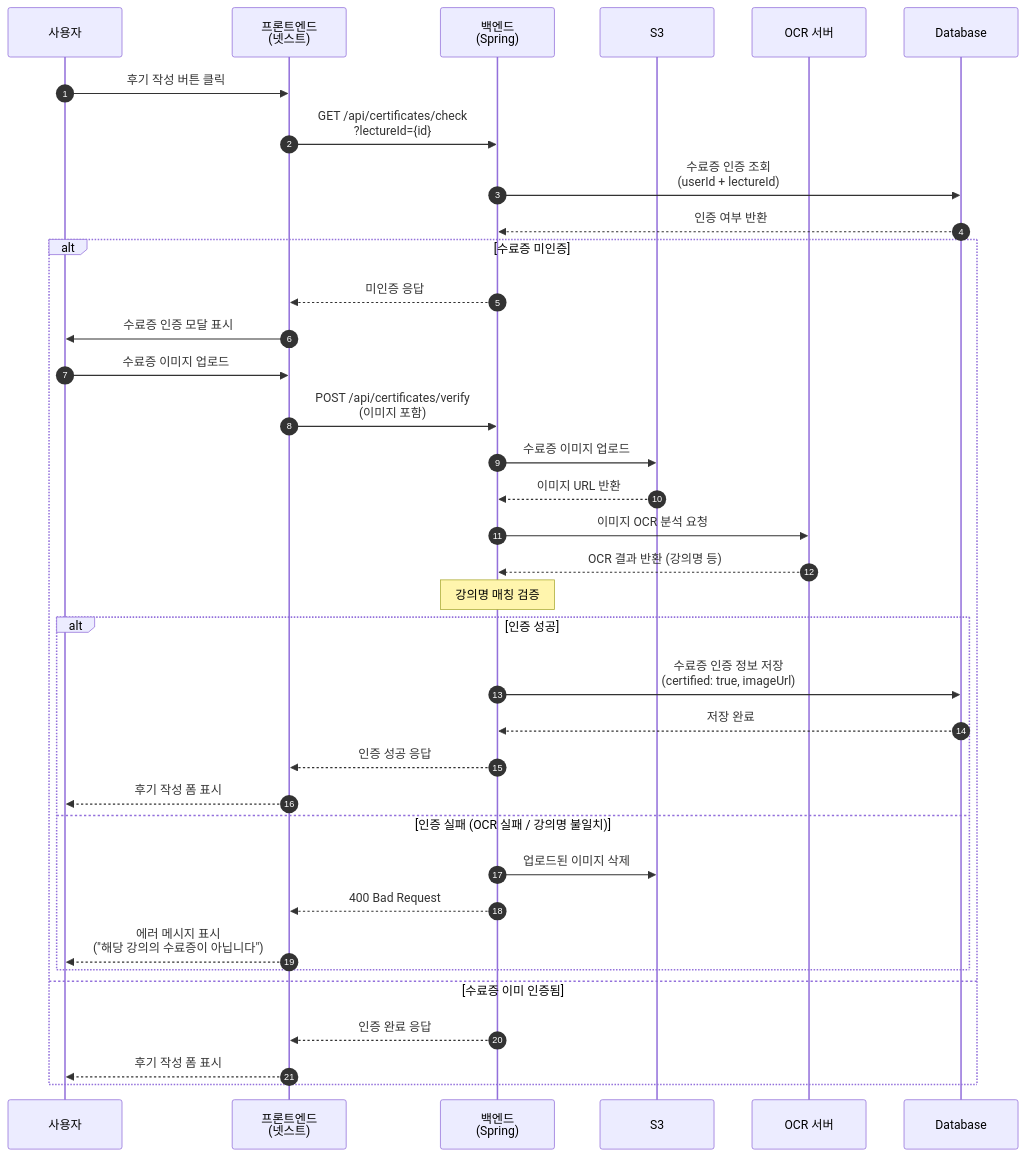
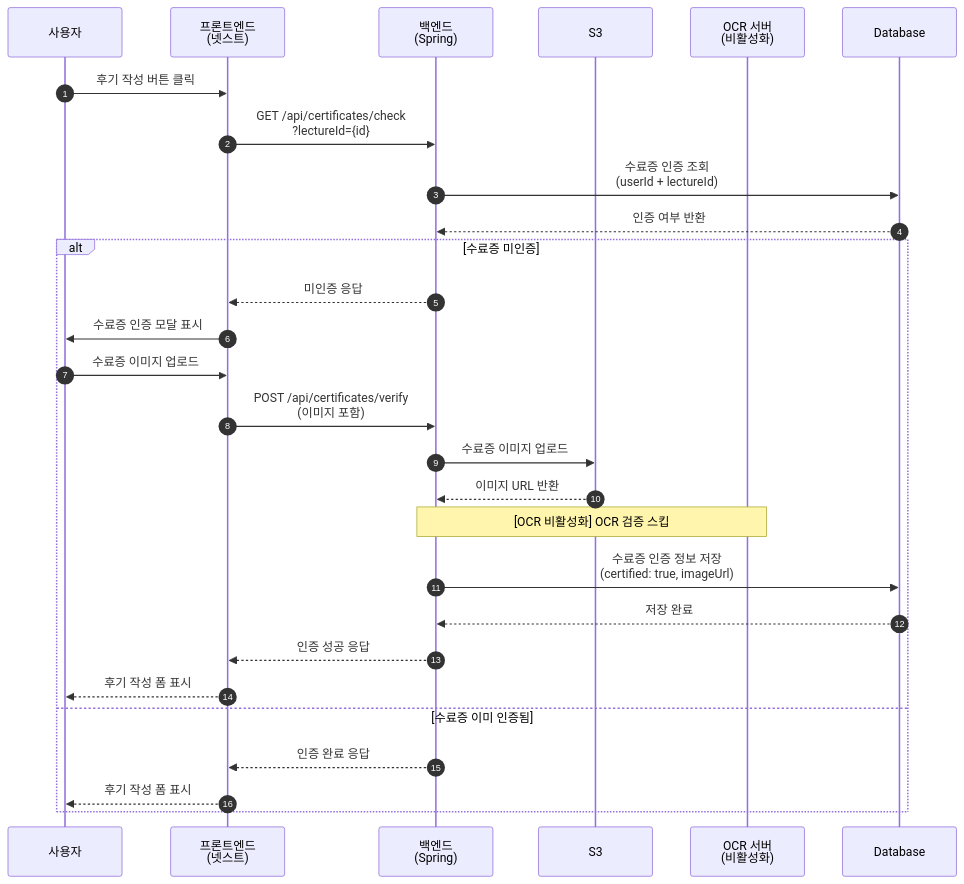
One commit to sw-campus/sw-campus-docs changed the second of 5 diagrams in features/review/sequence/review_diagram.md. Above: the diagram before and after it, drawn with Mermaid. The commit also changed other lines of this file and 2 other files, not shown here.

Commit message:
docs: OCR 비활성화 관련 문서 업데이트
- spec.md: OCR 비활성화 구현 노트 추가
- review_description.md: 수료증 인증 흐름에 OCR 비활성화 상태 반영
- review_diagram.md: 시퀀스 다이어그램에 OCR 스킵 표시

🤖 Generated with [Claude Code](https://claude.com/claude-code)

````diff
--- a/features/review/sequence/review_diagram.md
+++ b/features/review/sequence/review_diagram.md
@@ -38,43 +42,35 @@
 ```mermaid
 sequenceDiagram
     autonumber
     participant User as 사용자
     participant Frontend as 프론트엔드<br/>(넷스트)
     participant Backend as 백엔드<br/>(Spring)
     participant S3 as S3
-    participant OCR as OCR 서버
+    participant OCR as OCR 서버<br/>(비활성화)
     participant DB as Database
 
     User->>Frontend: 후기 작성 버튼 클릭
     Frontend->>Backend: GET /api/certificates/check<br/>?lectureId={id}
     Backend->>DB: 수료증 인증 조회<br/>(userId + lectureId)
     DB-->>Backend: 인증 여부 반환
 
     alt 수료증 미인증
         Backend-->>Frontend: 미인증 응답
         Frontend->>User: 수료증 인증 모달 표시
         User->>Frontend: 수료증 이미지 업로드
         Frontend->>Backend: POST /api/certificates/verify<br/>(이미지 포함)
         Backend->>S3: 수료증 이미지 업로드
         S3-->>Backend: 이미지 URL 반환
-        Backend->>OCR: 이미지 OCR 분석 요청
-        OCR-->>Backend: OCR 결과 반환 (강의명 등)
-        
-        Note over Backend: 강의명 매칭 검증
 
-        alt 인증 성공
-            Backend->>DB: 수료증 인증 정보 저장<br/>(certified: true, imageUrl)
-            DB-->>Backend: 저장 완료
-            Backend-->>Frontend: 인증 성공 응답
-            Frontend-->>User: 후기 작성 폼 표시
-        else 인증 실패 (OCR 실패 / 강의명 불일치)
-            Backend->>S3: 업로드된 이미지 삭제
-            Backend-->>Frontend: 400 Bad Request
-            Frontend-->>User: 에러 메시지 표시<br/>("해당 강의의 수료증이 아닙니다")
-        end
+        Note over Backend,OCR: [OCR 비활성화] OCR 검증 스킵
+
+        Backend->>DB: 수료증 인증 정보 저장<br/>(certified: true, imageUrl)
+        DB-->>Backend: 저장 완료
+        Backend-->>Frontend: 인증 성공 응답
+        Frontend-->>User: 후기 작성 폼 표시
 
     else 수료증 이미 인증됨
         Backend-->>Frontend: 인증 완료 응답
         Frontend-->>User: 후기 작성 폼 표시
     end
 ```
````
